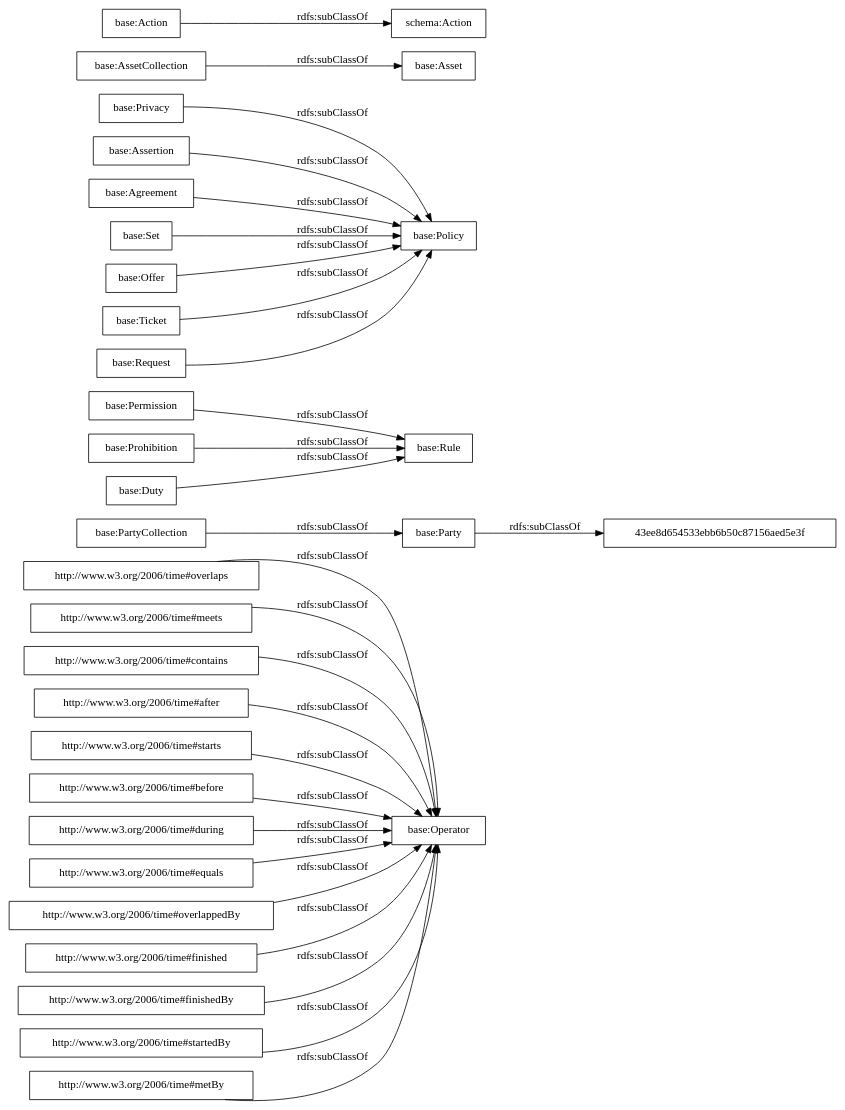
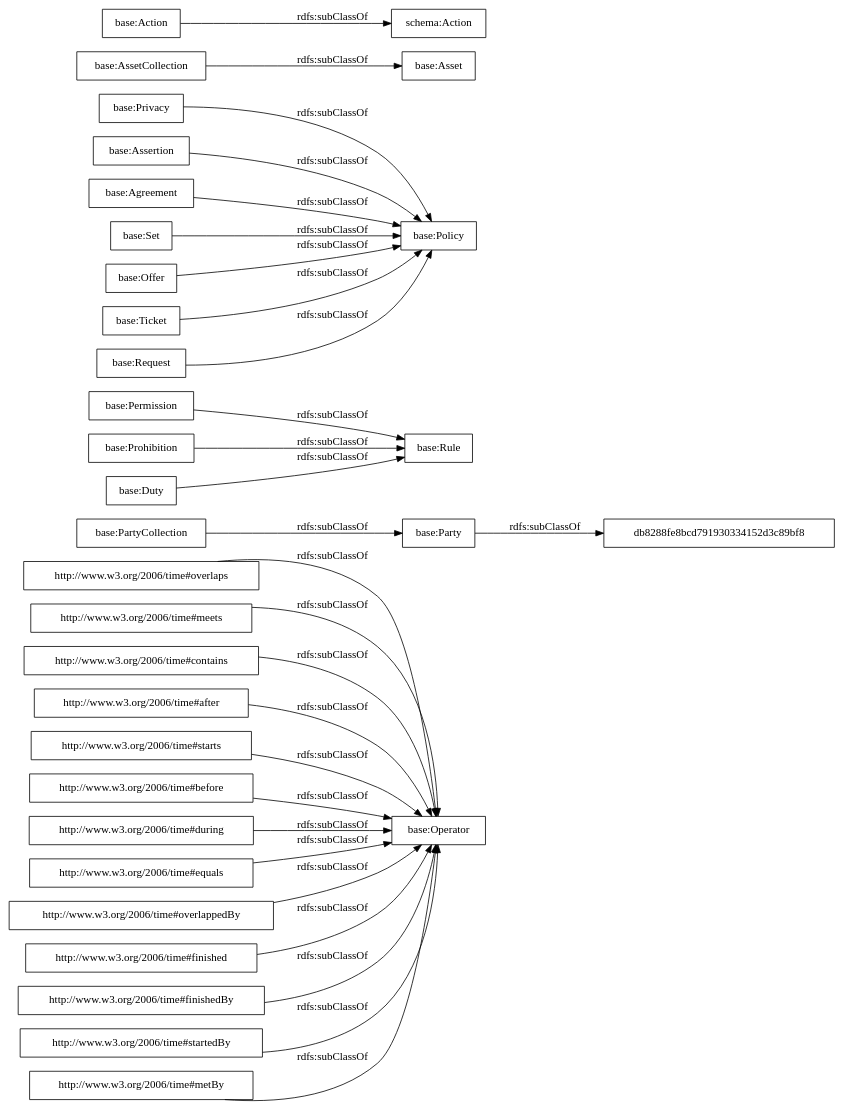
One commit to jucanbe/odre-time changed the diagram in OnToology/Ontology/ontology.ttl/diagrams/ar2dtool-taxonomy/ontology.ttl.png.dot. Above: the diagram before and after it, drawn with Graphviz. The commit also changed 34 other files, not shown here.

```diff
--- a/OnToology/Ontology/ontology.ttl/diagrams/ar2dtool-taxonomy/ontology.ttl.png.dot
+++ b/OnToology/Ontology/ontology.ttl/diagrams/ar2dtool-taxonomy/ontology.ttl.png.dot
@@ -1,33 +1,33 @@
 digraph ar2dtool_diagram { 
 rankdir=LR;
 size="1000"
-node [shape = rectangle, color="black"]; "http://www.w3.org/2006/time#overlaps" "http://www.w3.org/2006/time#meets" "base:PartyCollection" "base:Permission" "base:Privacy" "http://www.w3.org/2006/time#contains" "base:Prohibition" "base:Asset" "base:Rule" "http://www.w3.org/2006/time#after" "base:AssetCollection" "base:Assertion" "http://www.w3.org/2006/time#starts" "base:Agreement" "http://www.w3.org/2006/time#before" "http://www.w3.org/2006/time#during" "schema:Action" "http://www.w3.org/2006/time#equals" "base:Duty" "http://www.w3.org/2006/time#overlappedBy" "43ee8d654533ebb6b50c87156aed5e3f" "http://www.w3.org/2006/time#finished" "base:Set" "base:Action" "base:Policy" "base:Party" "http://www.w3.org/2006/time#finishedBy" "base:Offer" "base:Operator" "http://www.w3.org/2006/time#startedBy" "http://www.w3.org/2006/time#metBy" "base:Ticket" "base:Request" ; /*classes style*/
+node [shape = rectangle, color="black"]; "http://www.w3.org/2006/time#overlaps" "http://www.w3.org/2006/time#meets" "base:PartyCollection" "base:Permission" "base:Privacy" "http://www.w3.org/2006/time#contains" "base:Prohibition" "base:Asset" "base:Rule" "http://www.w3.org/2006/time#after" "base:AssetCollection" "base:Assertion" "http://www.w3.org/2006/time#starts" "base:Agreement" "http://www.w3.org/2006/time#before" "http://www.w3.org/2006/time#during" "schema:Action" "http://www.w3.org/2006/time#equals" "base:Duty" "http://www.w3.org/2006/time#overlappedBy" "http://www.w3.org/2006/time#finished" "base:Set" "base:Action" "base:Policy" "base:Party" "http://www.w3.org/2006/time#finishedBy" "base:Offer" "base:Operator" "http://www.w3.org/2006/time#startedBy" "http://www.w3.org/2006/time#metBy" "base:Ticket" "db8288fe8bcd791930334152d3c89bf8" "base:Request" ; /*classes style*/
 	"base:Assertion" -> "base:Policy" [ label = "rdfs:subClassOf" ];
 	"base:Ticket" -> "base:Policy" [ label = "rdfs:subClassOf" ];
 	"http://www.w3.org/2006/time#metBy" -> "base:Operator" [ label = "rdfs:subClassOf" ];
 	"http://www.w3.org/2006/time#meets" -> "base:Operator" [ label = "rdfs:subClassOf" ];
 	"http://www.w3.org/2006/time#overlaps" -> "base:Operator" [ label = "rdfs:subClassOf" ];
 	"base:Set" -> "base:Policy" [ label = "rdfs:subClassOf" ];
 	"base:Action" -> "schema:Action" [ label = "rdfs:subClassOf" ];
 	"base:Permission" -> "base:Rule" [ label = "rdfs:subClassOf" ];
 	"http://www.w3.org/2006/time#after" -> "base:Operator" [ label = "rdfs:subClassOf" ];
 	"http://www.w3.org/2006/time#finished" -> "base:Operator" [ label = "rdfs:subClassOf" ];
 	"base:Request" -> "base:Policy" [ label = "rdfs:subClassOf" ];
 	"http://www.w3.org/2006/time#contains" -> "base:Operator" [ label = "rdfs:subClassOf" ];
 	"base:PartyCollection" -> "base:Party" [ label = "rdfs:subClassOf" ];
 	"http://www.w3.org/2006/time#finishedBy" -> "base:Operator" [ label = "rdfs:subClassOf" ];
-	"base:Party" -> "43ee8d654533ebb6b50c87156aed5e3f" [ label = "rdfs:subClassOf" ];
+	"base:Party" -> "db8288fe8bcd791930334152d3c89bf8" [ label = "rdfs:subClassOf" ];
 	"base:Prohibition" -> "base:Rule" [ label = "rdfs:subClassOf" ];
 	"base:AssetCollection" -> "base:Asset" [ label = "rdfs:subClassOf" ];
 	"http://www.w3.org/2006/time#overlappedBy" -> "base:Operator" [ label = "rdfs:subClassOf" ];
 	"base:Agreement" -> "base:Policy" [ label = "rdfs:subClassOf" ];
 	"base:Duty" -> "base:Rule" [ label = "rdfs:subClassOf" ];
 	"http://www.w3.org/2006/time#equals" -> "base:Operator" [ label = "rdfs:subClassOf" ];
 	"http://www.w3.org/2006/time#startedBy" -> "base:Operator" [ label = "rdfs:subClassOf" ];
 	"http://www.w3.org/2006/time#during" -> "base:Operator" [ label = "rdfs:subClassOf" ];
 	"base:Offer" -> "base:Policy" [ label = "rdfs:subClassOf" ];
 	"base:Privacy" -> "base:Policy" [ label = "rdfs:subClassOf" ];
 	"http://www.w3.org/2006/time#before" -> "base:Operator" [ label = "rdfs:subClassOf" ];
 	"http://www.w3.org/2006/time#starts" -> "base:Operator" [ label = "rdfs:subClassOf" ];
 
 }
```
